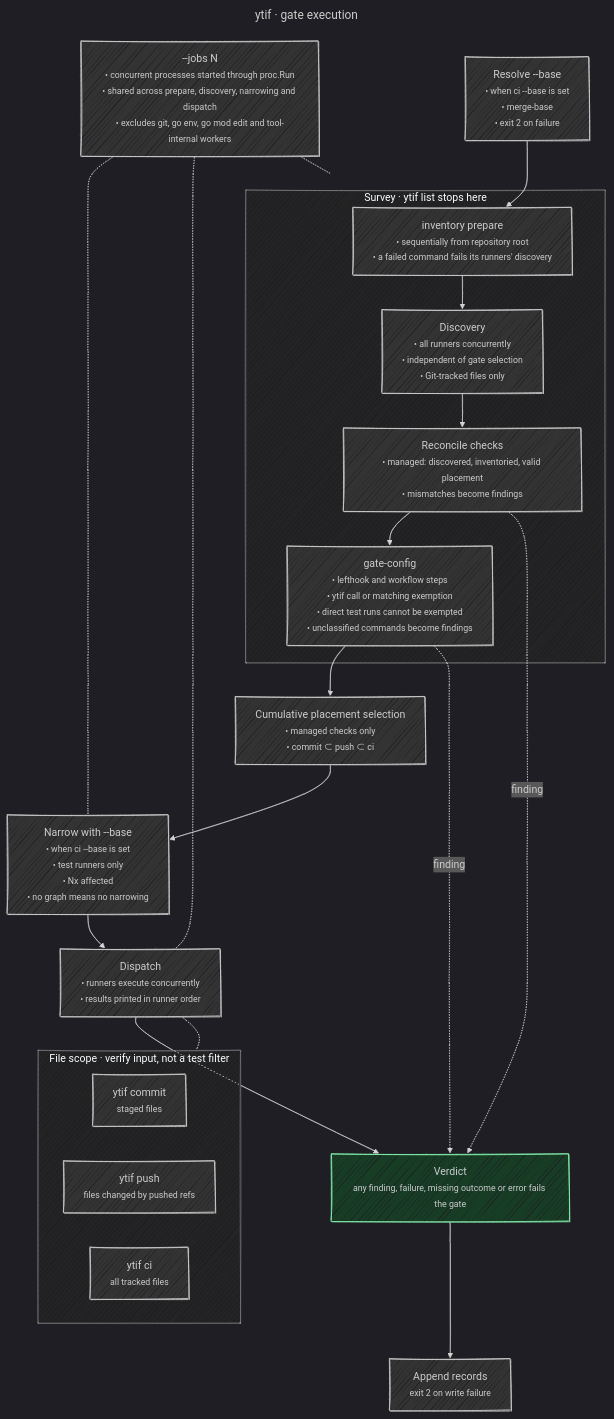
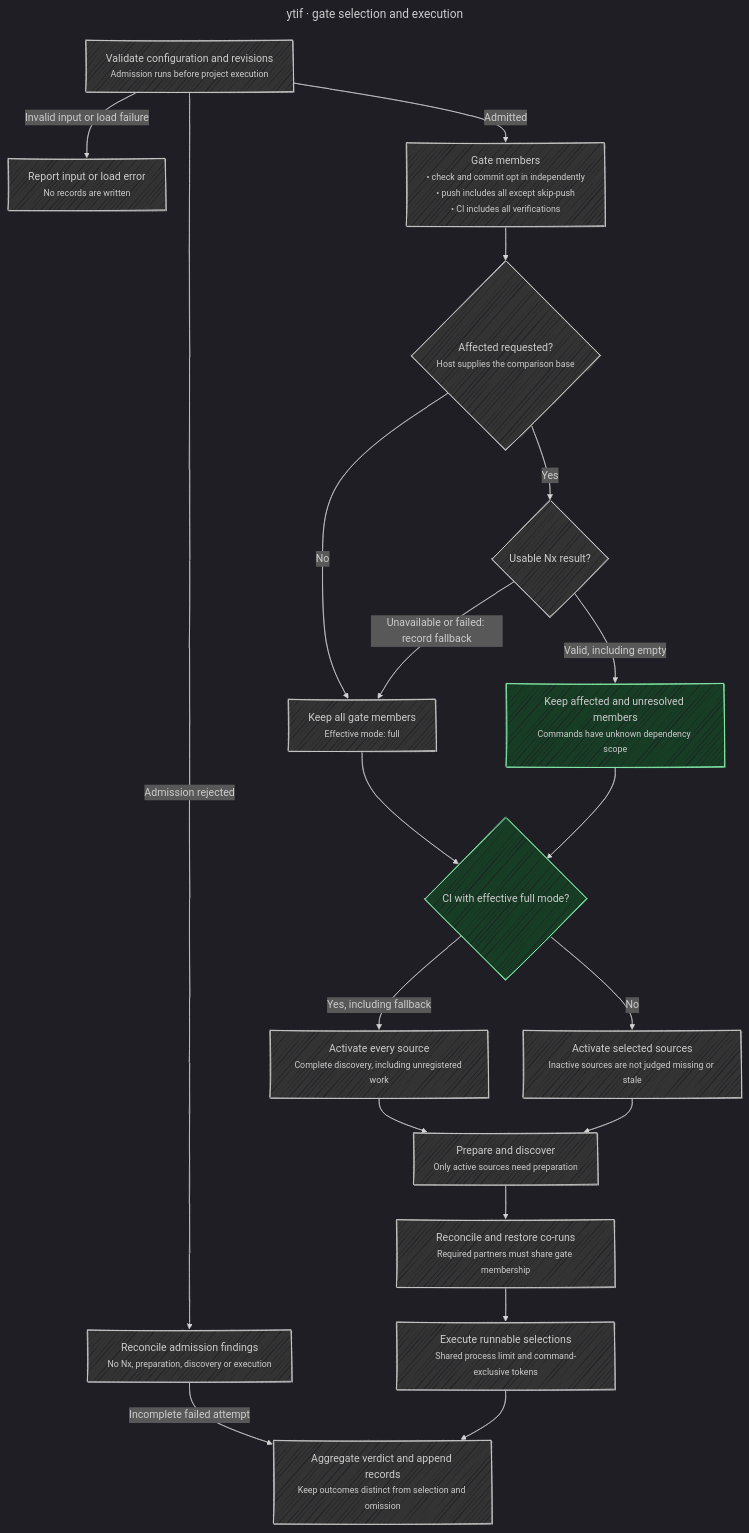
Before and after one commit to undervoke/ytif: the diagram in blueprint/gates.mermaid, drawn with Mermaid. The commit also changed 42 other files, not shown here.

First line of the commit message:
docs(blueprint): document gate selection and records with shared diagram rules

```diff
--- a/blueprint/gates.mermaid
+++ b/blueprint/gates.mermaid
@@ -1,50 +1,54 @@
 ---
-title: ytif · gate execution
+title: ytif · gate selection and execution
 config:
   look: handDrawn
   handDrawnSeed: 5
   theme: dark
   themeVariables:
     mainBkg: "#333333"
     clusterBkg: "#242424"
   themeCSS: |
     small { display: inline-block; text-align: left; }
   flowchart:
-    wrappingWidth: 300
+    wrappingWidth: 270
 ---
-%% Behavior authority: README.md (Gates, The inventory, gate-config paragraphs) and internal/gate (gate.go Run, survey.go NewSurvey, collect.go, present.go), internal/reconcile, internal/gateconf, internal/proc, internal/affected.
-%% ytif list runs the same survey (list.go) and stops there.
-%% --jobs N bounds the processes ytif starts through proc.Run across preparation, discovery, narrowing and dispatch (gate.go:72); workers inside a started tool are the project's configuration. Preparation and narrowing run alone, before and after discovery.
-%% Findings do not short-circuit dispatch; a selected check whose run would also run an unselected check is held back without an outcome. The verdict fails on any finding, failed check, check without an outcome, invocation error, or run problem (present.go:107-109).
-%% Early errors (unknown gate, unresolved --base, unreadable inventory or exemptions, unreadable file scope) exit 2 without records; a records write failure also exits 2.
-%% Narrowing drops only test-runner checks whose unit lies in an Nx project the changes since the merge base do not affect; verify checks and units outside every project stay. Without nx.json or a graph, nothing is narrowed.
+%% Behavior authority: internal/gate/gate.go (Run), internal/gate/survey.go, internal/affected/affected.go and README.md (Gates).
+%% Invalid input exits before record creation. Admission findings skip project execution but still reconcile and record an incomplete failed attempt.
+%% Affected selection covers registered work, not a complete census. A valid empty result does not trigger fallback; unresolved verification scopes still run.
+%% list uses complete discovery separately. A full local gate activates only sources owning selected members; effective-full CI activates every source.
 flowchart TB
-  Base["Resolve --base<br/><small>• when ci --base is set<br/>• merge-base<br/>• exit 2 on failure</small>"]
-  subgraph Survey["Survey · ytif list stops here"]
-    Prepare["inventory prepare<br/><small>• sequentially from repository root<br/>• a failed command fails its runners' discovery</small>"]
-    Discover["Discovery<br/><small>• all runners concurrently<br/>• independent of gate selection<br/>• Git-tracked files only</small>"]
-    Reconcile["Reconcile checks<br/><small>• managed: discovered, inventoried, valid placement<br/>• mismatches become findings</small>"]
-    GateConf["gate-config<br/><small>• lefthook and workflow steps<br/>• ytif call or matching exemption<br/>• direct test runs cannot be exempted<br/>• unclassified commands become findings</small>"]
-    Prepare --> Discover --> Reconcile --> GateConf
-  end
-  Select["Cumulative placement selection<br/><small>• managed checks only<br/>• commit ⊂ push ⊂ ci</small>"]
-  Narrow["Narrow with --base<br/><small>• when ci --base is set<br/>• test runners only<br/>• Nx affected<br/>• no graph means no narrowing</small>"]
-  Dispatch["Dispatch<br/><small>• runners execute concurrently<br/>• results printed in runner order</small>"]
-  Verdict["Verdict<br/><small>any finding, failure, missing outcome or error fails the gate</small>"]
-  Records["Append records<br/><small>exit 2 on write failure</small>"]
-  Jobs["--jobs N<br/><small>• concurrent processes started through proc.Run<br/>• shared across prepare, discovery, narrowing and dispatch<br/>• excludes git, go env, go mod edit and tool-internal workers</small>"]
-  subgraph Scope["File scope · verify input, not a test filter"]
-    C["ytif commit<br/><small>staged files</small>"]
-    P["ytif push<br/><small>files changed by pushed refs</small>"]
-    I["ytif ci<br/><small>all tracked files</small>"]
-  end
-  Base --> Prepare
-  GateConf --> Select --> Narrow --> Dispatch --> Verdict --> Records
-  Reconcile -.->|finding| Verdict
-  GateConf -.->|finding| Verdict
-  Jobs -.- Survey
-  Jobs -.- Narrow
-  Jobs -.- Dispatch
-  Dispatch -.- Scope
+  Input["Validate configuration and revisions<br/><small>Admission runs before project execution</small>"]
+  Invalid["Report input or load error<br/><small>No records are written</small>"]
+  Rejected["Reconcile admission findings<br/><small>No Nx, preparation, discovery or execution</small>"]
+  Members["Gate members<br/><small>• check and commit opt in independently<br/>• push includes all except skip-push<br/>• CI includes all verifications</small>"]
+  Mode{"Affected requested?<br/><small>Host supplies the comparison base</small>"}
+  Nx{"Usable Nx result?"}
+  Full["Keep all gate members<br/><small>Effective mode: full</small>"]
+  Affected["Keep affected and unresolved members<br/><small>Commands have unknown dependency scope</small>"]
+  Census{"CI with effective full mode?"}
+  All["Activate every source<br/><small>Complete discovery, including unregistered work</small>"]
+  Selected["Activate selected sources<br/><small>Inactive sources are not judged missing or stale</small>"]
+  Discover["Prepare and discover<br/><small>Only active sources need preparation</small>"]
+  Reconcile["Reconcile and restore co-runs<br/><small>Required partners must share gate membership</small>"]
+  Run["Execute runnable selections<br/><small>Shared process limit and command-exclusive tokens</small>"]
+  Finish["Aggregate verdict and append records<br/><small>Keep outcomes distinct from selection and omission</small>"]
+
+  Input -->|Invalid input or load failure| Invalid
+  Input -->|Admission rejected| Rejected
+  Rejected -->|Incomplete failed attempt| Finish
+  Input -->|Admitted| Members
+  Members --> Mode
+  Mode -->|No| Full
+  Mode -->|Yes| Nx
+  Nx -->|Unavailable or failed: record fallback| Full
+  Nx -->|Valid, including empty| Affected
+  Full --> Census
+  Affected --> Census
+  Census -->|Yes, including fallback| All
+  Census -->|No| Selected
+  All --> Discover
+  Selected --> Discover
+  Discover --> Reconcile --> Run --> Finish
+
   classDef em fill:#173d25,stroke:#86efac
-  class Verdict em
+  class Affected,Census em
```
